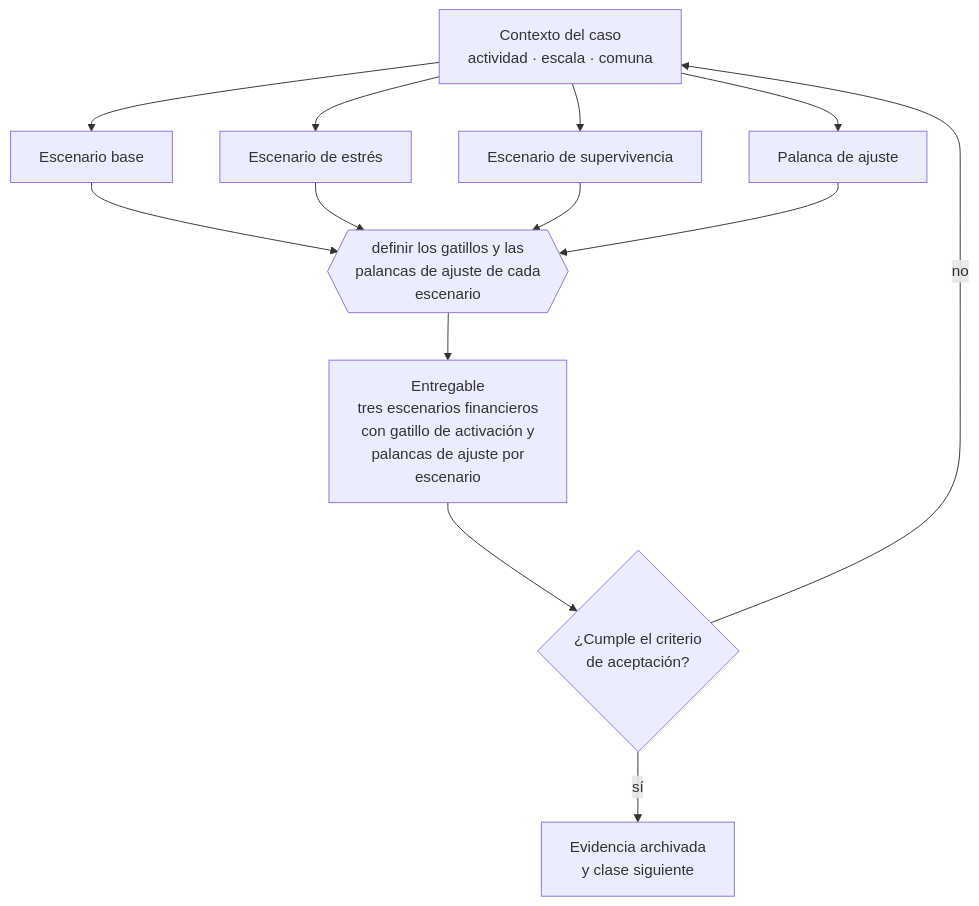
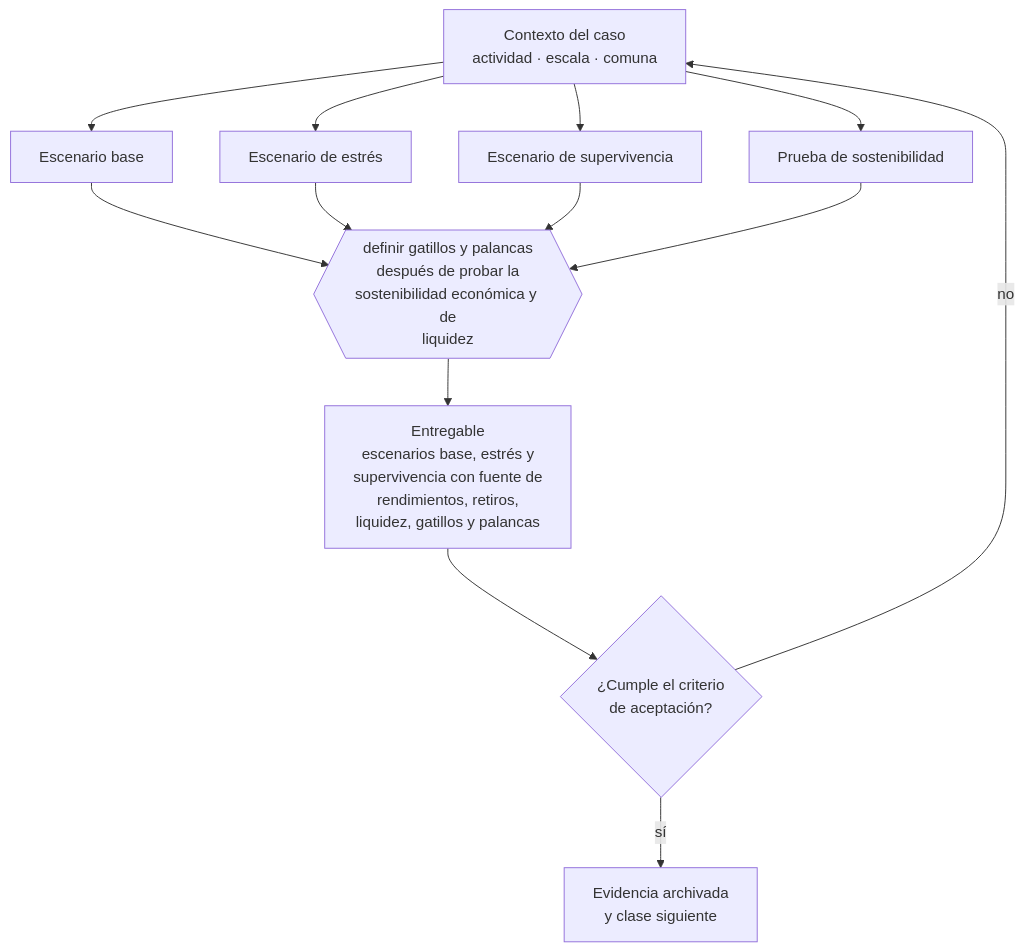
The diagram in curriculum/part-09-finanzas-caja-precios-y-economia-unitaria/class-12-escenarios-base-estres-y-supervivencia/README.md (vladimiracunadev-create/modern-business-creation-program), drawn with Mermaid before and after one commit. The commit also changed other lines of this file and 32 other files, not shown here.

````diff
--- a/curriculum/part-09-finanzas-caja-precios-y-economia-unitaria/class-12-escenarios-base-estres-y-supervivencia/README.md
+++ b/curriculum/part-09-finanzas-caja-precios-y-economia-unitaria/class-12-escenarios-base-estres-y-supervivencia/README.md
@@ -34,13 +34,13 @@
 ```mermaid
 flowchart TB
     C["Contexto del caso<br/>actividad · escala · comuna"]
     C --> A1["Escenario base"]
     C --> A2["Escenario de estrés"]
     C --> A3["Escenario de supervivencia"]
-    C --> A4["Palanca de ajuste"]
-    A1 & A2 & A3 & A4 --> D{{"definir los gatillos y las<br/>palancas de ajuste de cada<br/>escenario"}}
-    D --> E["Entregable<br/>tres escenarios financieros<br/>con gatillo de activación y<br/>palancas de ajuste por<br/>escenario"]
+    C --> A4["Prueba de sostenibilidad"]
+    A1 & A2 & A3 & A4 --> D{{"definir gatillos y palancas<br/>después de probar la<br/>sostenibilidad económica y de<br/>liquidez"}}
+    D --> E["Entregable<br/>escenarios base, estrés y<br/>supervivencia con fuente de<br/>rendimientos, retiros,<br/>liquidez, gatillos y palancas"]
     E --> V{"¿Cumple el criterio<br/>de aceptación?"}
     V -->|sí| S["Evidencia archivada<br/>y clase siguiente"]
     V -->|no| C
 ```
````
